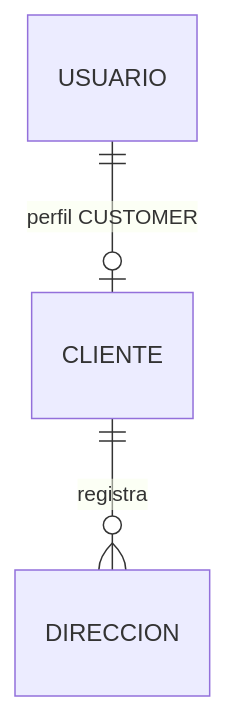
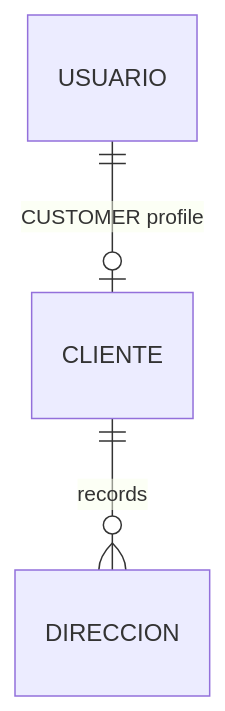
The second of 6 diagrams in logical-erd-v1.0.md (andres18113/pliego-muejeje), drawn with Mermaid before and after one commit. The commit also changed other lines of this file and 6 other files, not shown here.

````diff
--- a/logical-erd-v1.0.md
+++ b/logical-erd-v1.0.md
@@ -1879,5 +1879,5 @@
 ```mermaid
 erDiagram
-    USUARIO ||--o| CLIENTE : "perfil CUSTOMER"
-    CLIENTE ||--o{ DIRECCION : "registra"
+    USUARIO ||--o| CLIENTE : "CUSTOMER profile"
+    CLIENTE ||--o{ DIRECCION : "records"
 ```
````
